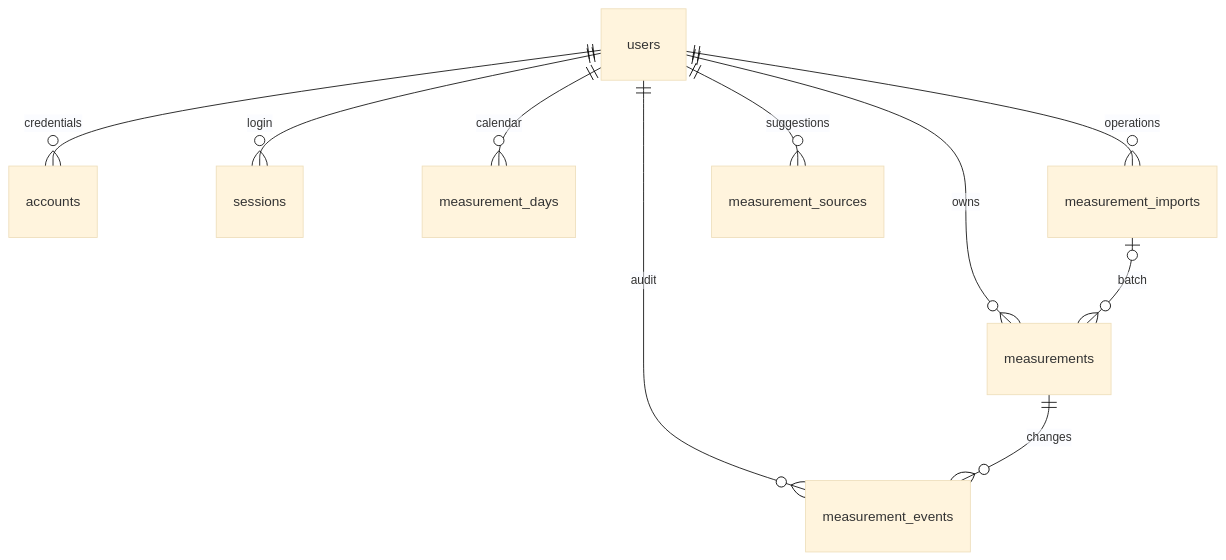
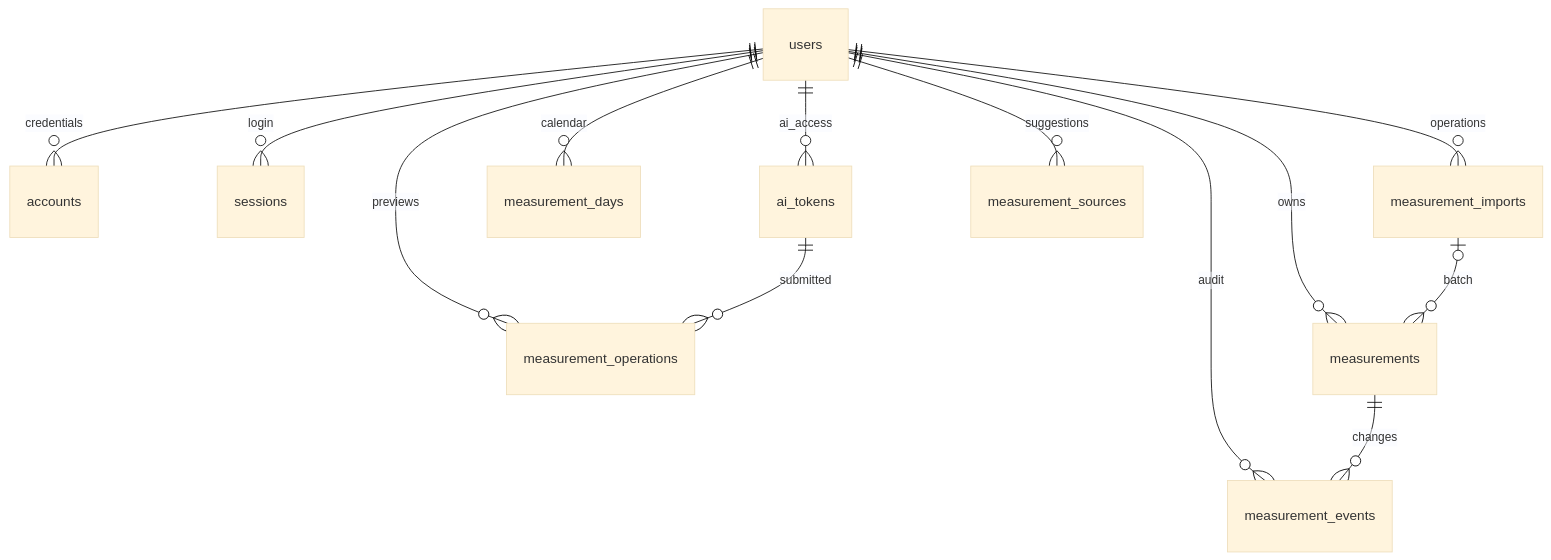
The diagram in docs/database.md (Obl1vion31/Formward), drawn with Mermaid (base theme) before and after one commit. The commit also changed other lines of this file and 55 other files, not shown here.

````diff
--- a/docs/database.md
+++ b/docs/database.md
@@ -19,12 +19,15 @@
 ```mermaid
 erDiagram
     users ||--o{ accounts : credentials
     users ||--o{ sessions : login
+    users ||--o{ ai_tokens : ai_access
+    users ||--o{ measurement_operations : previews
+    ai_tokens ||--o{ measurement_operations : submitted
     users ||--o{ measurements : owns
     users ||--o{ measurement_days : calendar
     users ||--o{ measurement_imports : operations
     users ||--o{ measurement_events : audit
     users ||--o{ measurement_sources : suggestions
     measurement_imports o|--o{ measurements : batch
     measurements ||--o{ measurement_events : changes
 ```
````
